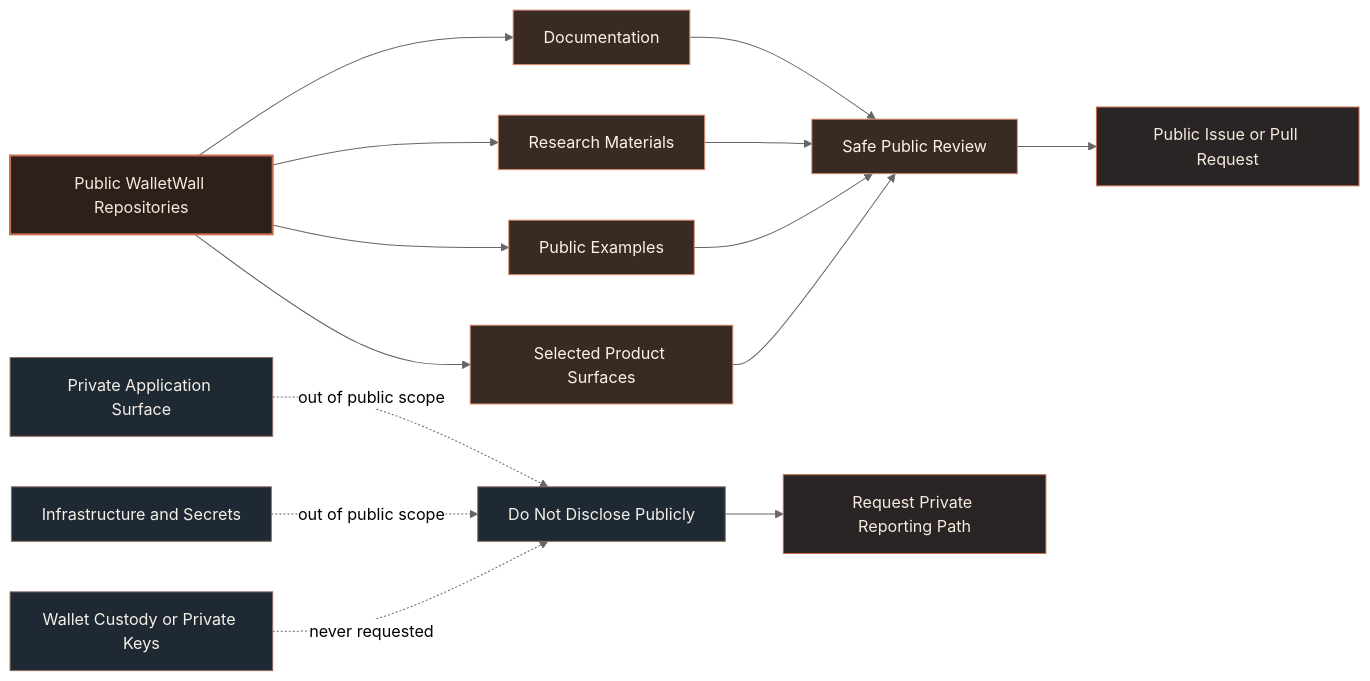
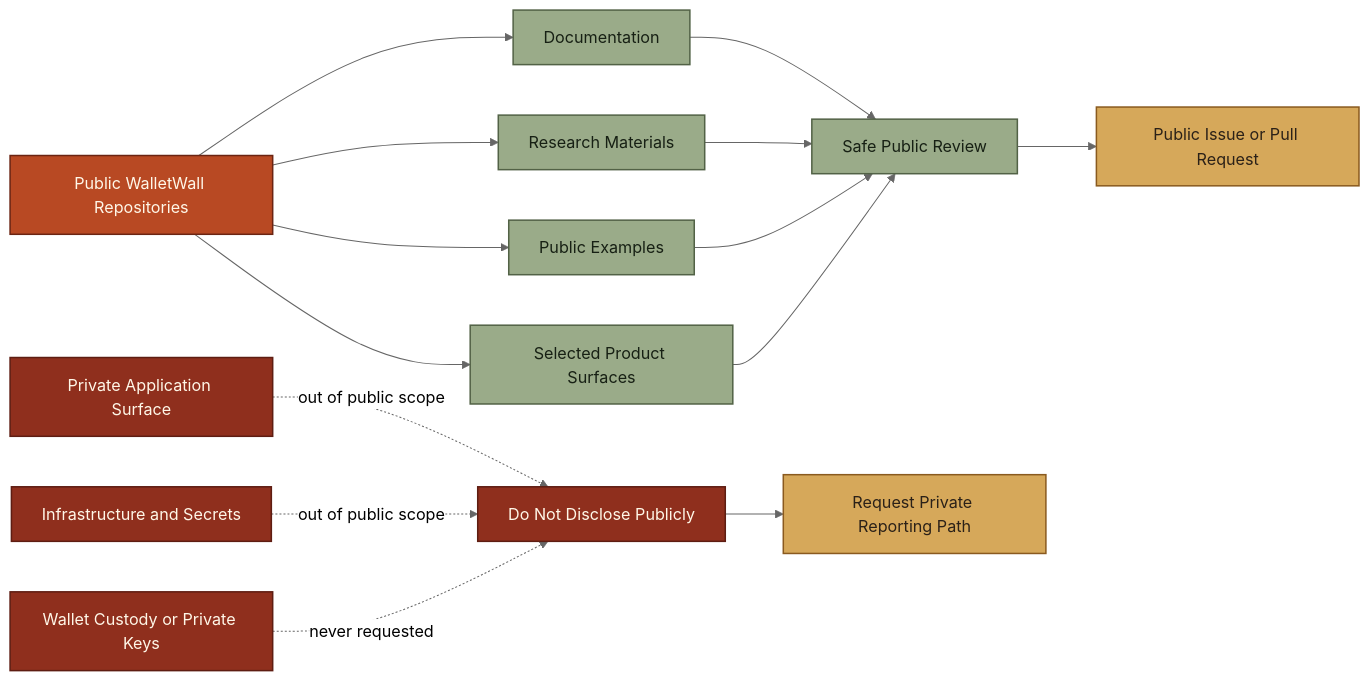
The diagram in SECURITY.md (Wallet-Wall/.github), drawn with Mermaid (neutral theme) before and after one commit. The commit also changed 1 other file, not shown here.

````diff
--- a/SECURITY.md
+++ b/SECURITY.md
@@ -14,35 +14,35 @@
 ```mermaid
 flowchart LR
     public[Public WalletWall Repositories]
 
     public --> docs[Documentation]
     public --> research[Research Materials]
     public --> examples[Public Examples]
     public --> surfaces[Selected Product Surfaces]
 
     docs --> safe[Safe Public Review]
     research --> safe
     examples --> safe
     surfaces --> safe
 
     private[Private Application Surface]
     infra[Infrastructure and Secrets]
     custody[Wallet Custody or Private Keys]
 
     private -. out of public scope .-> restricted[Do Not Disclose Publicly]
     infra -. out of public scope .-> restricted
     custody -. never requested .-> restricted
 
     safe --> report[Public Issue or Pull Request]
     restricted --> privatePath[Request Private Reporting Path]
 
-    classDef publicScope fill:#2F1F1A,stroke:#C66B4E,color:#F7EADC,stroke-width:2px
-    classDef safeScope fill:#3A2A24,stroke:#D98F6F,color:#FFF3E5,stroke-width:1px
-    classDef restrictedScope fill:#1F2933,stroke:#8B6F61,color:#F4EFE8,stroke-width:1px
-    classDef action fill:#292524,stroke:#C66B4E,color:#F7EADC,stroke-width:1px
+    classDef publicScope fill:#B84923,stroke:#6B2412,color:#FFF7E8,stroke-width:1.5px;
+    classDef safeScope fill:#9AAB89,stroke:#526246,color:#172014,stroke-width:1.5px;
+    classDef restrictedScope fill:#8F2F1D,stroke:#5E1D12,color:#FFF7E8,stroke-width:1.5px;
+    classDef action fill:#D6A85A,stroke:#8A5A1F,color:#2B2118,stroke-width:1.5px;
 
     class public publicScope
     class docs,research,examples,surfaces,safe safeScope
     class private,infra,custody,restricted restrictedScope
     class report,privatePath action
 ```
````
